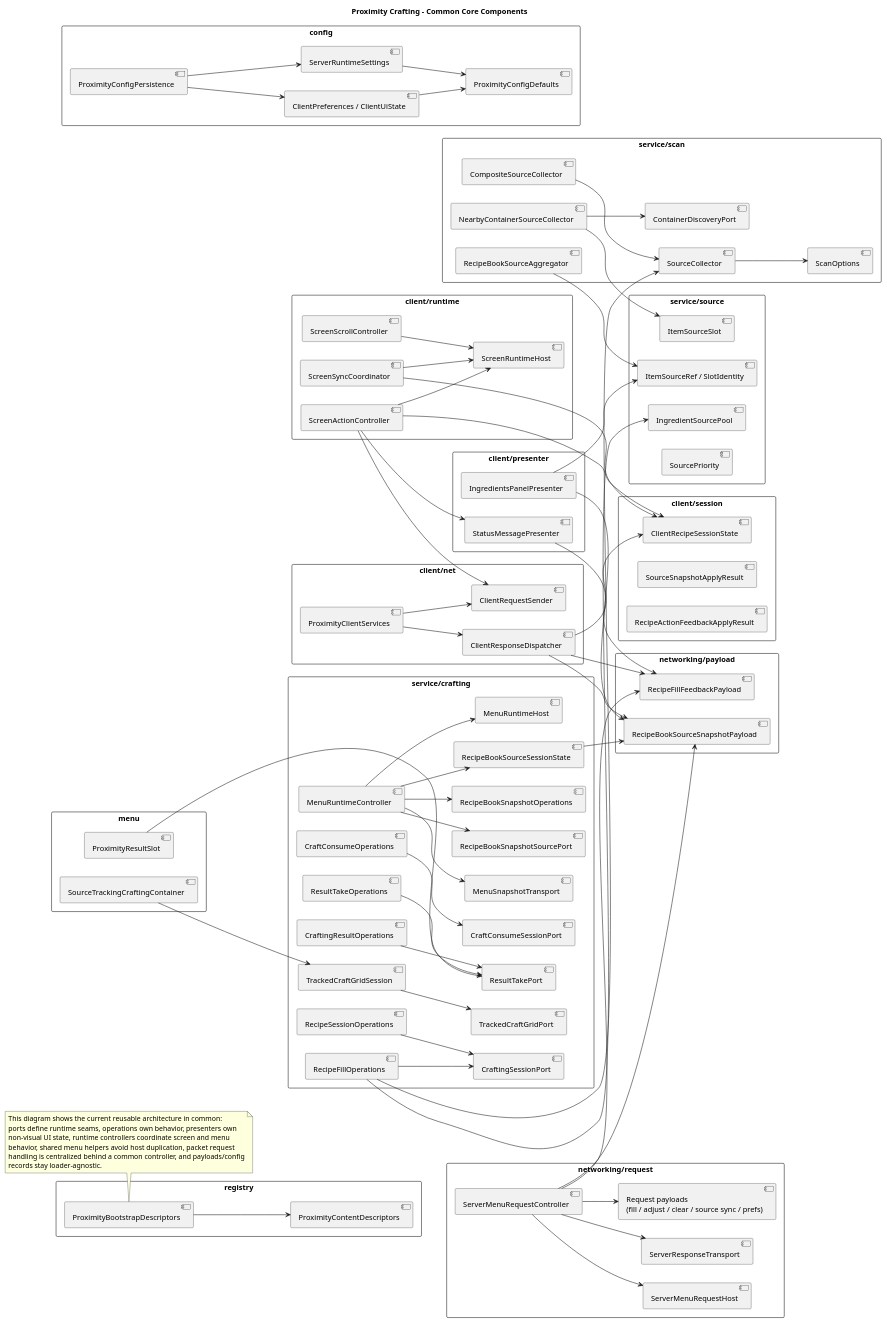
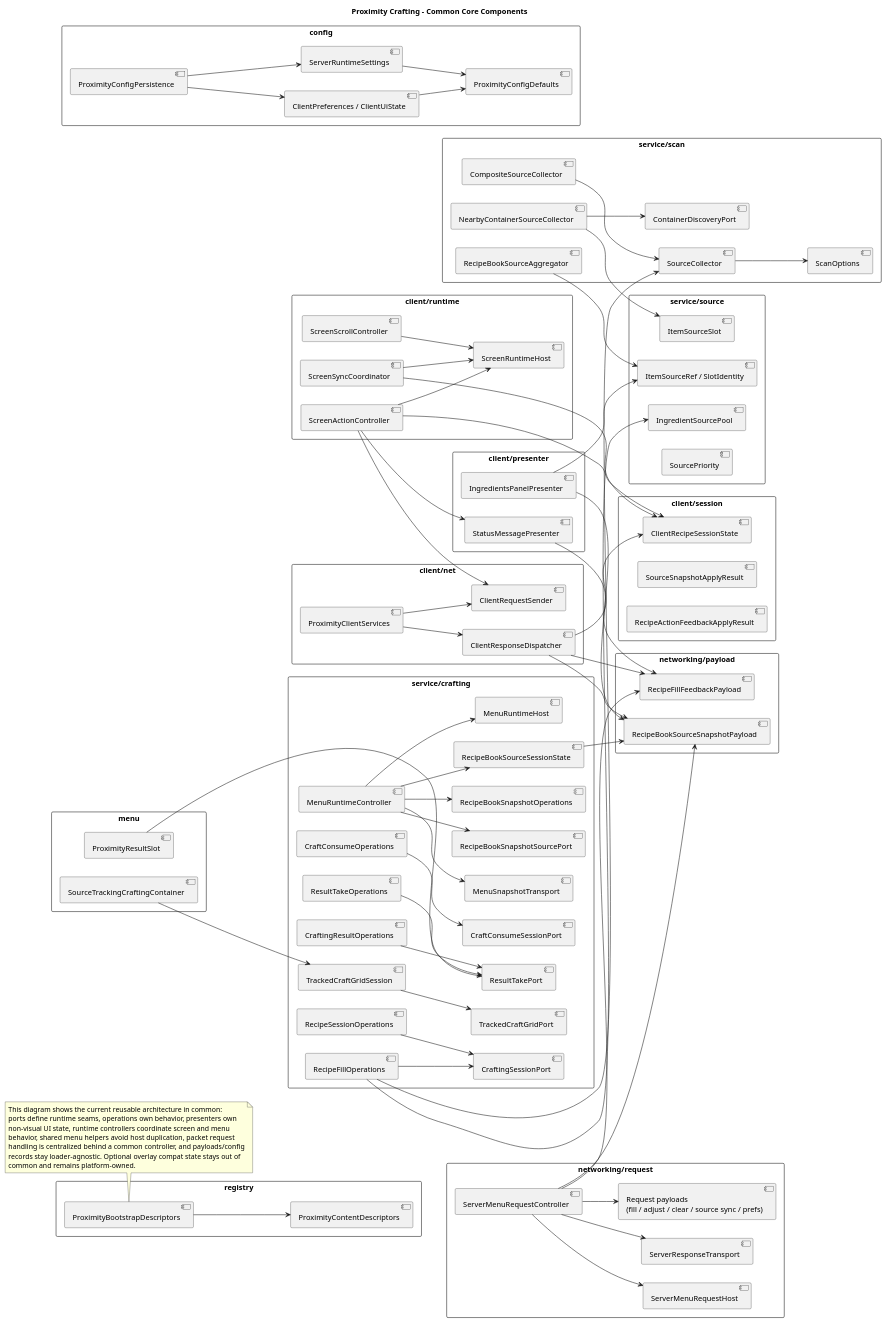
Before and after one commit to Maeiro/Nearby-Crafting: the diagram in docs/architecture/02-common-core-components.puml, drawn with PlantUML. The commit also changed 15 other files, not shown here.

Commit message:
refactor(compat): keep overlay state out of common

```diff
--- a/docs/architecture/02-common-core-components.puml
+++ b/docs/architecture/02-common-core-components.puml
@@ -1,155 +1,156 @@
 @startuml
 title Proximity Crafting - Common Core Components
 left to right direction
 skinparam shadowing false
 skinparam packageStyle rectangle
 
 package "service/source" as SourcePkg {
   component "ItemSourceSlot" as ItemSourceSlot
   component "IngredientSourcePool" as IngredientSourcePool
   component "ItemSourceRef / SlotIdentity" as ItemSourceRef
   component "SourcePriority" as SourcePriority
 }
 
 package "service/scan" as ScanPkg {
   component "SourceCollector" as SourceCollector
   component "ContainerDiscoveryPort" as ContainerDiscoveryPort
   component "CompositeSourceCollector" as CompositeCollector
   component "NearbyContainerSourceCollector" as NearbyCollector
   component "RecipeBookSourceAggregator" as SourceAggregator
   component "ScanOptions" as ScanOptions
 }
 
 package "service/crafting" as CraftingPkg {
   component "CraftingSessionPort" as CraftingSessionPort
   component "CraftConsumeSessionPort" as CraftConsumeSessionPort
   component "ResultTakePort" as ResultTakePort
   component "TrackedCraftGridPort" as TrackedGridPort
   component "MenuRuntimeHost" as MenuRuntimeHost
   component "MenuSnapshotTransport" as MenuSnapshotTransport
   component "RecipeBookSnapshotSourcePort" as SnapshotSourcePort
   component "RecipeBookSnapshotOperations" as SnapshotOps
   component "MenuRuntimeController" as MenuRuntimeController
   component "RecipeFillOperations" as RecipeFillOps
   component "CraftConsumeOperations" as CraftConsumeOps
   component "CraftingResultOperations" as CraftingResultOps
   component "RecipeSessionOperations" as RecipeSessionOps
   component "ResultTakeOperations" as ResultTakeOps
   component "TrackedCraftGridSession" as TrackedGridSession
   component "RecipeBookSourceSessionState" as RecipeBookSession
 }
 
 package "menu" as MenuPkg {
   component "SourceTrackingCraftingContainer" as TrackedContainer
   component "ProximityResultSlot" as SharedResultSlot
 }
 
 package "client/net" as ClientNetPkg {
   component "ClientRequestSender" as ClientRequestSender
   component "ClientResponseDispatcher" as ClientResponseDispatcher
   component "ProximityClientServices" as ProximityClientServices
 }
 
 package "networking/request" as ServerRequestPkg {
   component "ServerMenuRequestHost" as ServerMenuRequestHost
   component "ServerResponseTransport" as ServerResponseTransport
   component "ServerMenuRequestController" as ServerMenuRequestController
   component "Request payloads\n(fill / adjust / clear / source sync / prefs)" as RequestPayloads
 }
 
 package "client/session" as ClientSessionPkg {
   component "ClientRecipeSessionState" as ClientRecipeSessionState
   component "SourceSnapshotApplyResult" as SourceSnapshotApplyResult
   component "RecipeActionFeedbackApplyResult" as RecipeActionFeedbackApplyResult
 }
 
 package "client/runtime" as ClientRuntimePkg {
   component "ScreenRuntimeHost" as ScreenRuntimeHost
   component "ScreenActionController" as ScreenActionController
   component "ScreenSyncCoordinator" as ScreenSyncCoordinator
   component "ScreenScrollController" as ScreenScrollController
 }
 
 package "client/presenter" as PresenterPkg {
   component "IngredientsPanelPresenter" as IngredientsPanelPresenter
   component "StatusMessagePresenter" as StatusMessagePresenter
 }
 
 package "config" as ConfigPkg {
   component "ProximityConfigDefaults" as ProximityConfigDefaults
   component "ClientPreferences / ClientUiState" as ClientConfigModels
   component "ServerRuntimeSettings" as ServerRuntimeSettings
   component "ProximityConfigPersistence" as ConfigPersistence
 }
 
 package "networking/payload" as PayloadPkg {
   component "RecipeBookSourceSnapshotPayload" as SnapshotPayload
   component "RecipeFillFeedbackPayload" as FeedbackPayload
 }
 
 package "registry" as RegistryPkg {
   component "ProximityContentDescriptors" as ContentDescriptors
   component "ProximityBootstrapDescriptors" as BootstrapDescriptors
 }
 
 SourceCollector --> ScanOptions
 CompositeCollector --> SourceCollector
 NearbyCollector --> ContainerDiscoveryPort
 NearbyCollector --> ItemSourceSlot
 SourceAggregator --> ItemSourceRef
 
 RecipeFillOps --> CraftingSessionPort
 RecipeFillOps --> SourceCollector
 RecipeFillOps --> IngredientSourcePool
 CraftConsumeOps --> CraftConsumeSessionPort
 CraftingResultOps --> ResultTakePort
 RecipeSessionOps --> CraftingSessionPort
 ResultTakeOps --> ResultTakePort
 MenuRuntimeController --> MenuRuntimeHost
 MenuRuntimeController --> MenuSnapshotTransport
 MenuRuntimeController --> SnapshotSourcePort
 MenuRuntimeController --> SnapshotOps
 MenuRuntimeController --> RecipeBookSession
 ServerMenuRequestController --> ServerMenuRequestHost
 ServerMenuRequestController --> ServerResponseTransport
 ServerMenuRequestController --> RequestPayloads
 ServerMenuRequestController --> FeedbackPayload
 ServerMenuRequestController --> SnapshotPayload
 TrackedGridSession --> TrackedGridPort
 RecipeBookSession --> SnapshotPayload
 TrackedContainer --> TrackedGridSession
 SharedResultSlot --> ResultTakePort
 
 ClientResponseDispatcher --> ClientRecipeSessionState
 ClientResponseDispatcher --> SnapshotPayload
 ClientResponseDispatcher --> FeedbackPayload
 ProximityClientServices --> ClientRequestSender
 ProximityClientServices --> ClientResponseDispatcher
 ScreenActionController --> ScreenRuntimeHost
 ScreenActionController --> ClientRecipeSessionState
 ScreenActionController --> ClientRequestSender
 ScreenActionController --> StatusMessagePresenter
 ScreenSyncCoordinator --> ScreenRuntimeHost
 ScreenSyncCoordinator --> ClientRecipeSessionState
 ScreenScrollController --> ScreenRuntimeHost
 
 IngredientsPanelPresenter --> SnapshotPayload
 IngredientsPanelPresenter --> ItemSourceRef
 StatusMessagePresenter --> FeedbackPayload
 
 ConfigPersistence --> ClientConfigModels
 ConfigPersistence --> ServerRuntimeSettings
 ClientConfigModels --> ProximityConfigDefaults
 ServerRuntimeSettings --> ProximityConfigDefaults
 
 BootstrapDescriptors --> ContentDescriptors
 
 note bottom
 This diagram shows the current reusable architecture in common:
 ports define runtime seams, operations own behavior, presenters own
 non-visual UI state, runtime controllers coordinate screen and menu
 behavior, shared menu helpers avoid host duplication, packet request
 handling is centralized behind a common controller, and payloads/config
-records stay loader-agnostic.
+records stay loader-agnostic. Optional overlay compat state stays out of
+common and remains platform-owned.
 end note
 @enduml
```
